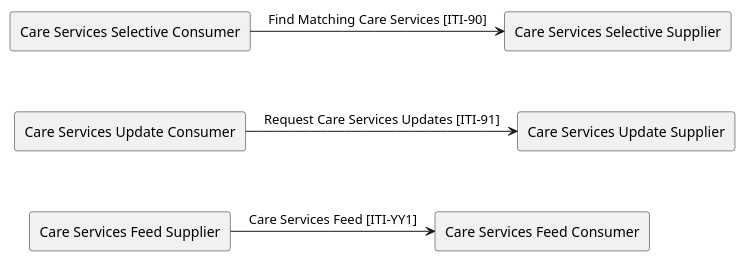
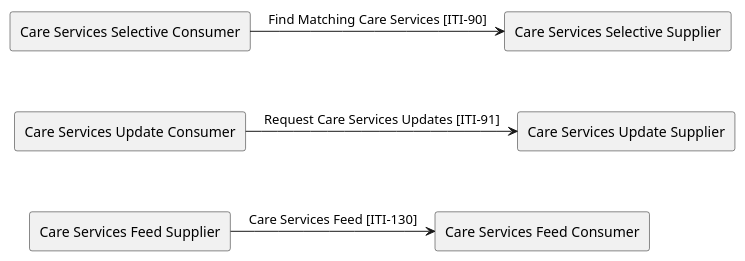
The diagram in input/images-source/ActorsAndTransactions.plantuml (IHE/ITI.mCSD), drawn with PlantUML before and after one commit. The commit also changed 10 other files, not shown here.

```diff
--- a/input/images-source/ActorsAndTransactions.plantuml
+++ b/input/images-source/ActorsAndTransactions.plantuml
@@ -1,15 +1,15 @@
 @startuml
 hide footbox
 skinparam linetype polyline
 agent "Care Services Selective Supplier" as SelectiveSupplier
 agent "Care Services Selective Consumer" as SelectiveConsumer
 agent "Care Services Update Supplier" as UpdateSupplier
 agent "Care Services Update Consumer" as UpdateConsumer
 agent "Care Services Feed Supplier" as FeedSupplier
 agent "Care Services Feed Consumer" as FeedConsumer
 SelectiveConsumer -> SelectiveSupplier : "Find Matching Care Services [ITI-90]"
 SelectiveConsumer -[hidden]-> UpdateConsumer
 UpdateConsumer -> UpdateSupplier : "Request Care Services Updates [ITI-91]"
 UpdateConsumer -[hidden]-> FeedSupplier
-FeedSupplier -> FeedConsumer : "Care Services Feed [ITI-YY1]"
+FeedSupplier -> FeedConsumer : "Care Services Feed [ITI-130]"
 @enduml
```
